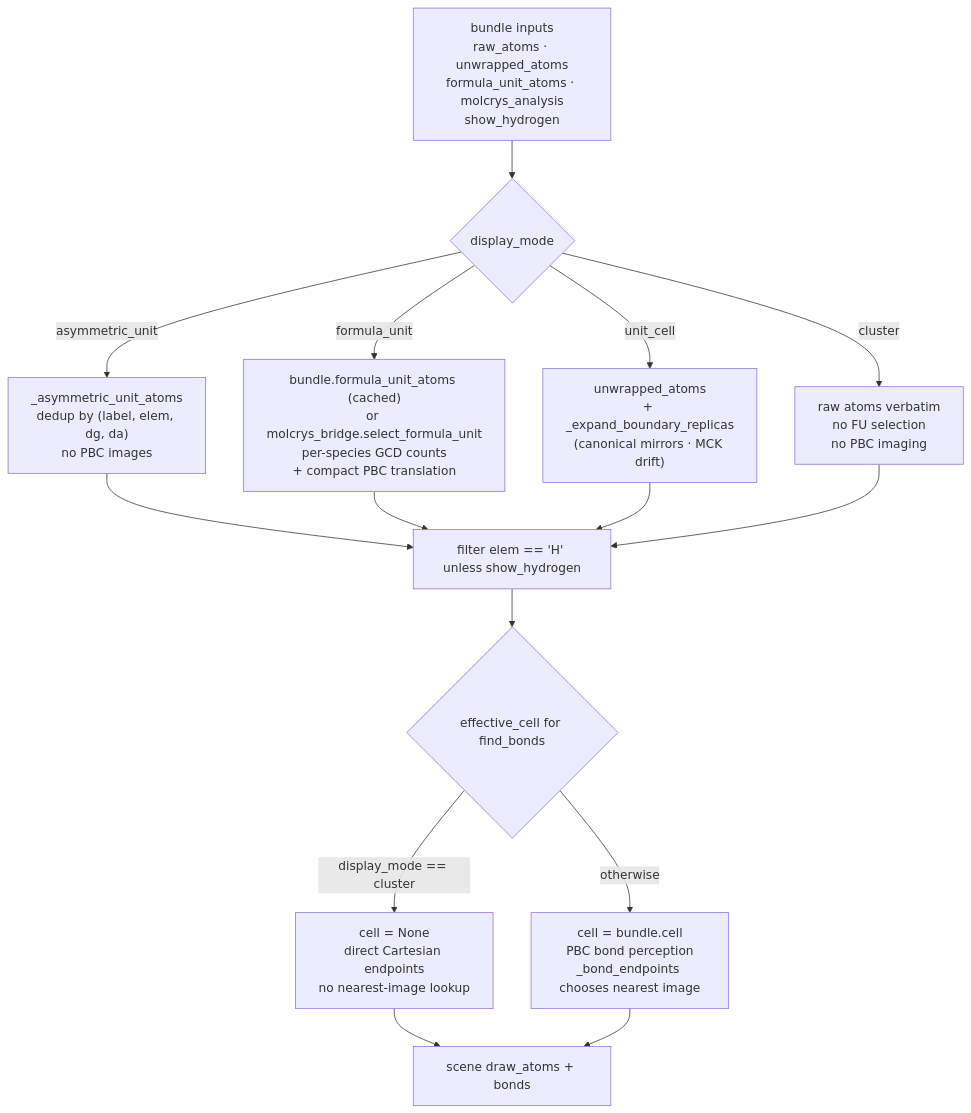
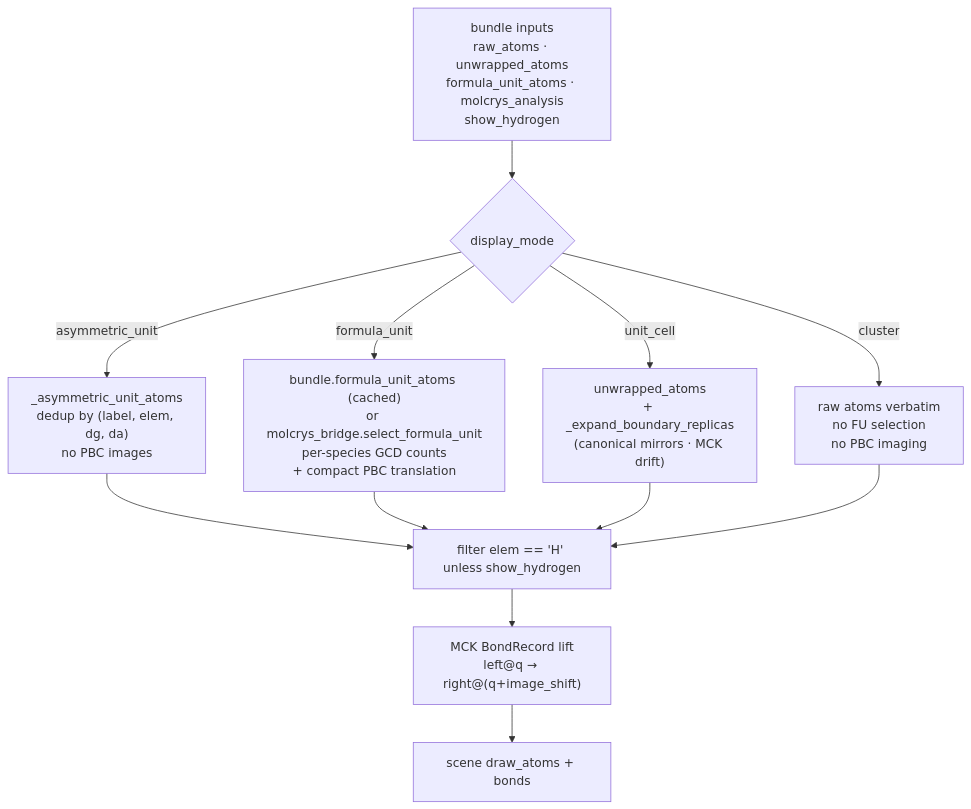
One commit to SchrodingersCattt/MatterVis changed the diagram in docs/derivations/display_modes.md. Above: the diagram before and after it, drawn with Mermaid. The commit also changed other lines of this file and 24 other files, not shown here.

````diff
--- a/docs/derivations/display_modes.md
+++ b/docs/derivations/display_modes.md
@@ -10,17 +10,14 @@
 ```mermaid
 flowchart TD
     In["bundle inputs<br/>raw_atoms · unwrapped_atoms<br/>formula_unit_atoms · molcrys_analysis<br/>show_hydrogen"] --> Sel{"display_mode"}
     Sel -->|"asymmetric_unit"| ASU["_asymmetric_unit_atoms<br/>dedup by (label, elem, dg, da)<br/>no PBC images"]
     Sel -->|"formula_unit"| FU["bundle.formula_unit_atoms (cached)<br/>or molcrys_bridge.select_formula_unit<br/>per-species GCD counts<br/>+ compact PBC translation"]
     Sel -->|"unit_cell"| UC["unwrapped_atoms<br/>+ _expand_boundary_replicas<br/>(canonical mirrors · MCK drift)"]
     Sel -->|"cluster"| CL["raw atoms verbatim<br/>no FU selection<br/>no PBC imaging"]
     ASU --> Hfilt["filter elem == 'H' unless show_hydrogen"]
     FU --> Hfilt
     UC --> Hfilt
     CL --> Hfilt
-    Hfilt --> B{"effective_cell for find_bonds"}
-    B -->|"display_mode == cluster"| Bdir["cell = None<br/>direct Cartesian endpoints<br/>no nearest-image lookup"]
-    B -->|"otherwise"| Bpbc["cell = bundle.cell<br/>PBC bond perception<br/>_bond_endpoints chooses nearest image"]
-    Bdir --> Out["scene draw_atoms + bonds"]
-    Bpbc --> Out
+    Hfilt --> B["MCK BondRecord lift<br/>left@q → right@(q+image_shift)"]
+    B --> Out["scene draw_atoms + bonds"]
 ```
````
